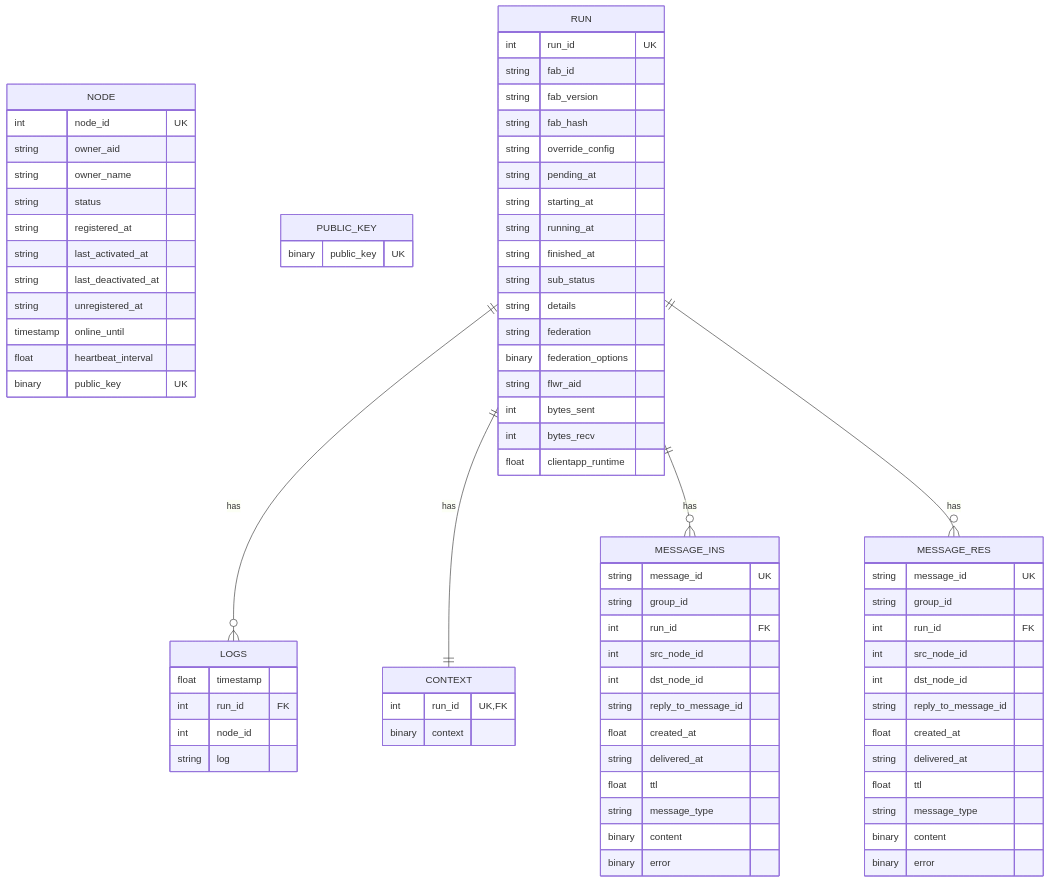
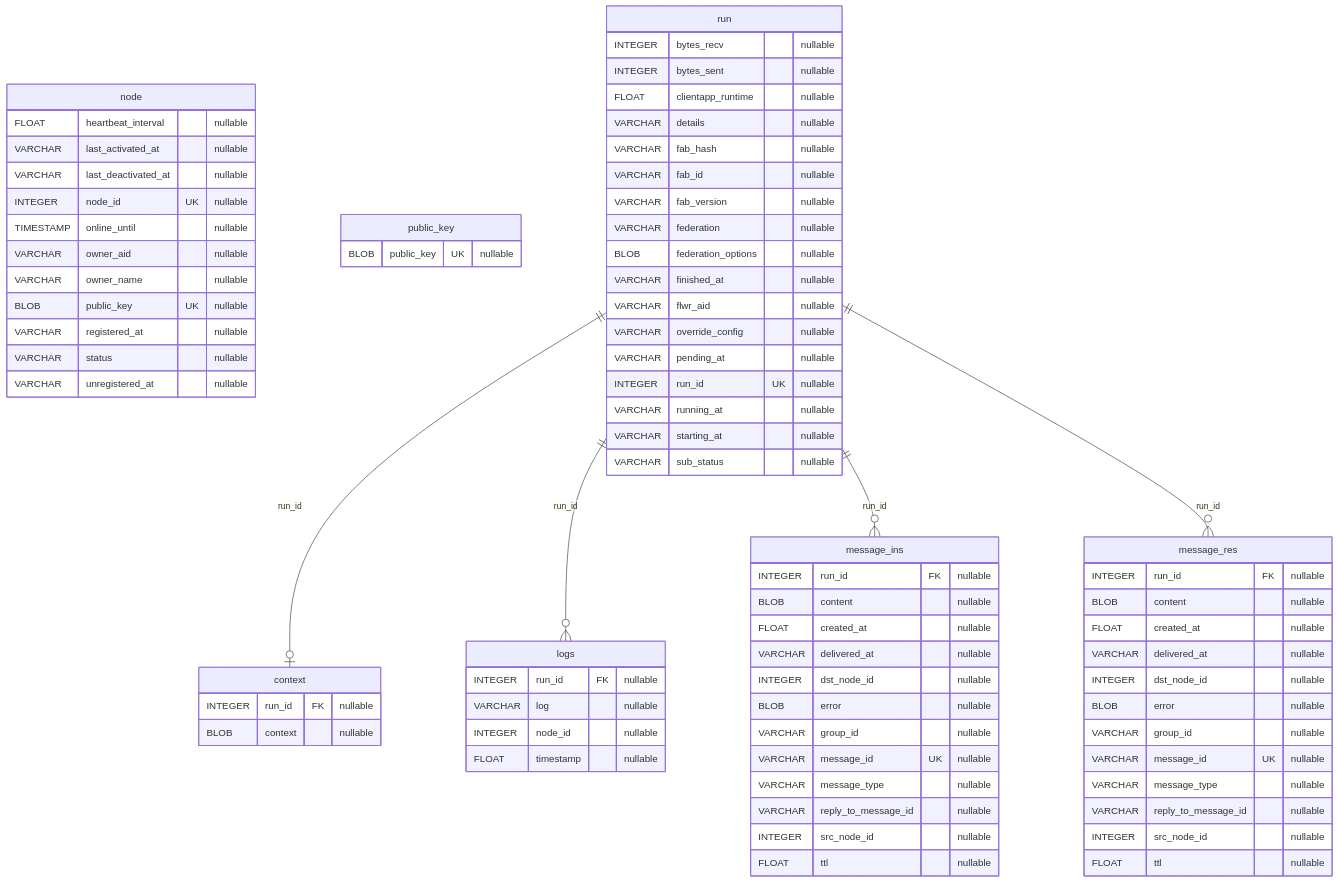
The diagram in framework/py/flwr/supercore/state/schema/README.md (adap/flower), drawn with Mermaid before and after one commit. The commit also changed other lines of this file, not shown here.

Commit message:
Add autogenerated ERD to readme

````diff
--- a/framework/py/flwr/supercore/state/schema/README.md
+++ b/framework/py/flwr/supercore/state/schema/README.md
@@ -5,87 +8,88 @@
 ```mermaid
 erDiagram
-    NODE {
-        int node_id UK
-        string owner_aid
-        string owner_name
-        string status
-        string registered_at
-        string last_activated_at
-        string last_deactivated_at
-        string unregistered_at
-        timestamp online_until
-        float heartbeat_interval
-        binary public_key UK
-    }
+  context {
+    INTEGER run_id FK "nullable"
+    BLOB context "nullable"
+  }
 
-    PUBLIC_KEY {
-        binary public_key UK
-    }
+  logs {
+    INTEGER run_id FK "nullable"
+    VARCHAR log "nullable"
+    INTEGER node_id "nullable"
+    FLOAT timestamp "nullable"
+  }
 
-    RUN {
-        int run_id UK
-        string fab_id
-        string fab_version
-        string fab_hash
-        string override_config
-        string pending_at
-        string starting_at
-        string running_at
-        string finished_at
-        string sub_status
-        string details
-        string federation
-        binary federation_options
-        string flwr_aid
-        int bytes_sent
-        int bytes_recv
-        float clientapp_runtime
-    }
+  message_ins {
+    INTEGER run_id FK "nullable"
+    BLOB content "nullable"
+    FLOAT created_at "nullable"
+    VARCHAR delivered_at "nullable"
+    INTEGER dst_node_id "nullable"
+    BLOB error "nullable"
+    VARCHAR group_id "nullable"
+    VARCHAR message_id UK "nullable"
+    VARCHAR message_type "nullable"
+    VARCHAR reply_to_message_id "nullable"
+    INTEGER src_node_id "nullable"
+    FLOAT ttl "nullable"
+  }
 
-    LOGS {
-        float timestamp
-        int run_id FK
-        int node_id
-        string log
-    }
+  message_res {
+    INTEGER run_id FK "nullable"
+    BLOB content "nullable"
+    FLOAT created_at "nullable"
+    VARCHAR delivered_at "nullable"
+    INTEGER dst_node_id "nullable"
+    BLOB error "nullable"
+    VARCHAR group_id "nullable"
+    VARCHAR message_id UK "nullable"
+    VARCHAR message_type "nullable"
+    VARCHAR reply_to_message_id "nullable"
+    INTEGER src_node_id "nullable"
+    FLOAT ttl "nullable"
+  }
 
-    CONTEXT {
-        int run_id UK, FK
-        binary context
-    }
+  node {
+    FLOAT heartbeat_interval "nullable"
+    VARCHAR last_activated_at "nullable"
+    VARCHAR last_deactivated_at "nullable"
+    INTEGER node_id UK "nullable"
+    TIMESTAMP online_until "nullable"
+    VARCHAR owner_aid "nullable"
+    VARCHAR owner_name "nullable"
+    BLOB public_key UK "nullable"
+    VARCHAR registered_at "nullable"
+    VARCHAR status "nullable"
+    VARCHAR unregistered_at "nullable"
+  }
 
-    MESSAGE_INS {
-        string message_id UK
-        string group_id
-        int run_id FK
-        int src_node_id
-        int dst_node_id
-        string reply_to_message_id
-        float created_at
-        string delivered_at
-        float ttl
-        string message_type
-        binary content
-        binary error
-    }
+  public_key {
+    BLOB public_key UK "nullable"
+  }
 
-    MESSAGE_RES {
-        string message_id UK
-        string group_id
-        int run_id FK
-        int src_node_id
-        int dst_node_id
-        string reply_to_message_id
-        float created_at
-        string delivered_at
-        float ttl
-        string message_type
-        binary content
-        binary error
-    }
+  run {
+    INTEGER bytes_recv "nullable"
+    INTEGER bytes_sent "nullable"
+    FLOAT clientapp_runtime "nullable"
+    VARCHAR details "nullable"
+    VARCHAR fab_hash "nullable"
+    VARCHAR fab_id "nullable"
+    VARCHAR fab_version "nullable"
+    VARCHAR federation "nullable"
+    BLOB federation_options "nullable"
+    VARCHAR finished_at "nullable"
+    VARCHAR flwr_aid "nullable"
+    VARCHAR override_config "nullable"
+    VARCHAR pending_at "nullable"
+    INTEGER run_id UK "nullable"
+    VARCHAR running_at "nullable"
+    VARCHAR starting_at "nullable"
+    VARCHAR sub_status "nullable"
+  }
 
-    RUN ||--o{ LOGS : has
-    RUN ||--|| CONTEXT : has
-    RUN ||--o{ MESSAGE_INS : has
-    RUN ||--o{ MESSAGE_RES : has
+  run ||--o| context : run_id
+  run ||--o{ logs : run_id
+  run ||--o{ message_ins : run_id
+  run ||--o{ message_res : run_id
+
 ```
````
